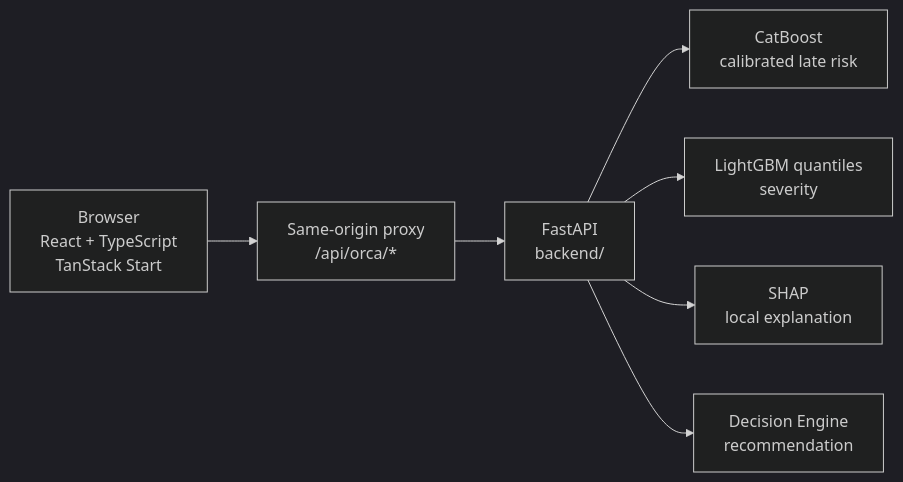
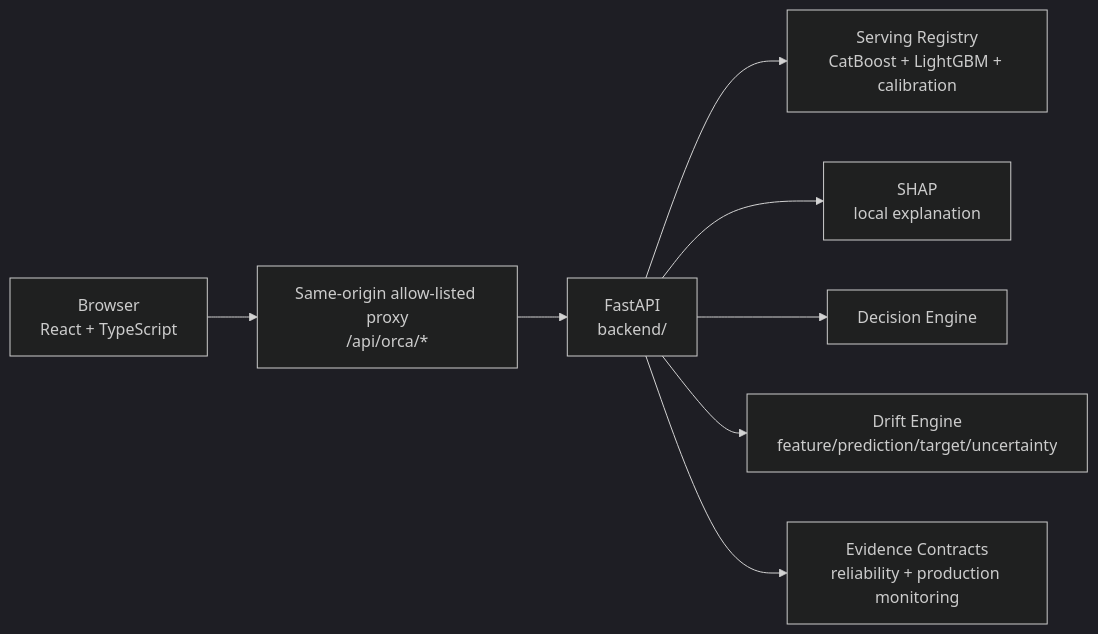
Before and after one commit to EslamTagElsir/orca-control-tower: the diagram in README.md, drawn with Mermaid (dark theme). The commit also changed other lines of this file, not shown here.

Commit message:
docs: align product README with reliability and monitoring architecture

````diff
--- a/README.md
+++ b/README.md
@@ -72,16 +75,18 @@
 ```mermaid
 flowchart LR
-    Browser["Browser\nReact + TypeScript\nTanStack Start"]
-    Proxy["Same-origin proxy\n/api/orca/*"]
+    Browser["Browser\nReact + TypeScript"]
+    Proxy["Same-origin allow-listed proxy\n/api/orca/*"]
     API["FastAPI\nbackend/"]
-    Risk["CatBoost\ncalibrated late risk"]
-    Severity["LightGBM quantiles\nseverity"]
+    Registry["Serving Registry\nCatBoost + LightGBM + calibration"]
     Explain["SHAP\nlocal explanation"]
-    Decision["Decision Engine\nrecommendation"]
+    Decision["Decision Engine"]
+    Drift["Drift Engine\nfeature/prediction/target/uncertainty"]
+    Evidence["Evidence Contracts\nreliability + production monitoring"]
 
     Browser --> Proxy --> API
-    API --> Risk
-    API --> Severity
+    API --> Registry
     API --> Explain
     API --> Decision
+    API --> Drift
+    API --> Evidence
 ```
````
